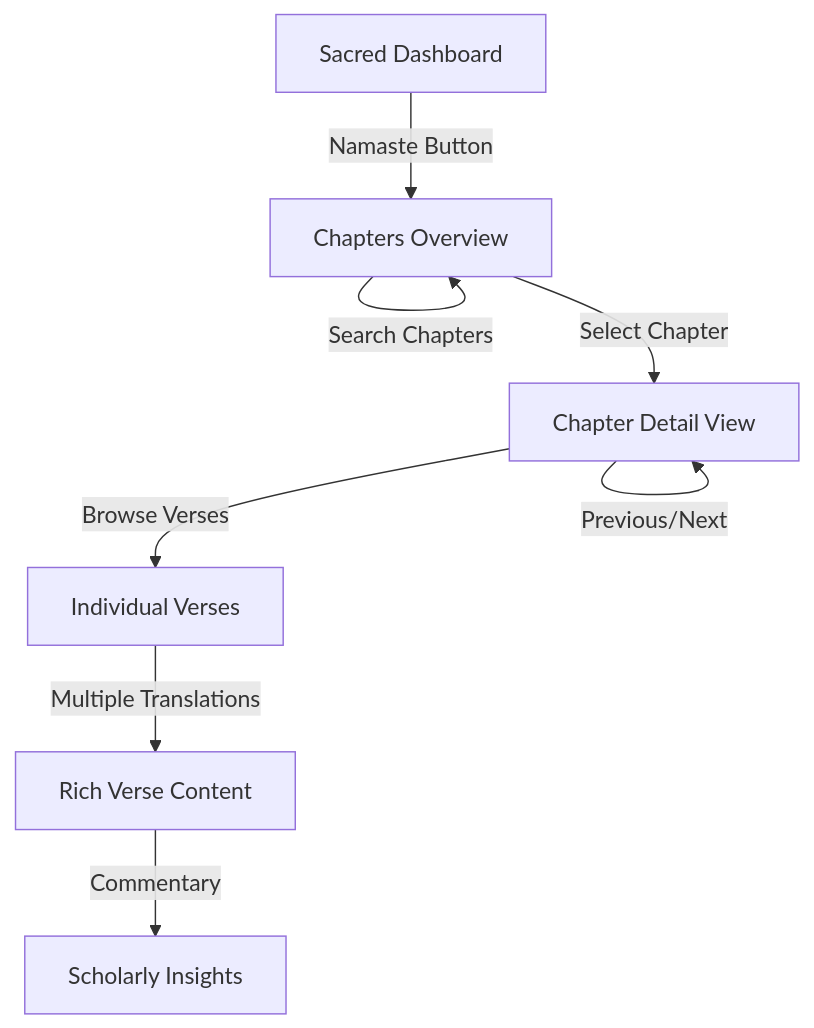
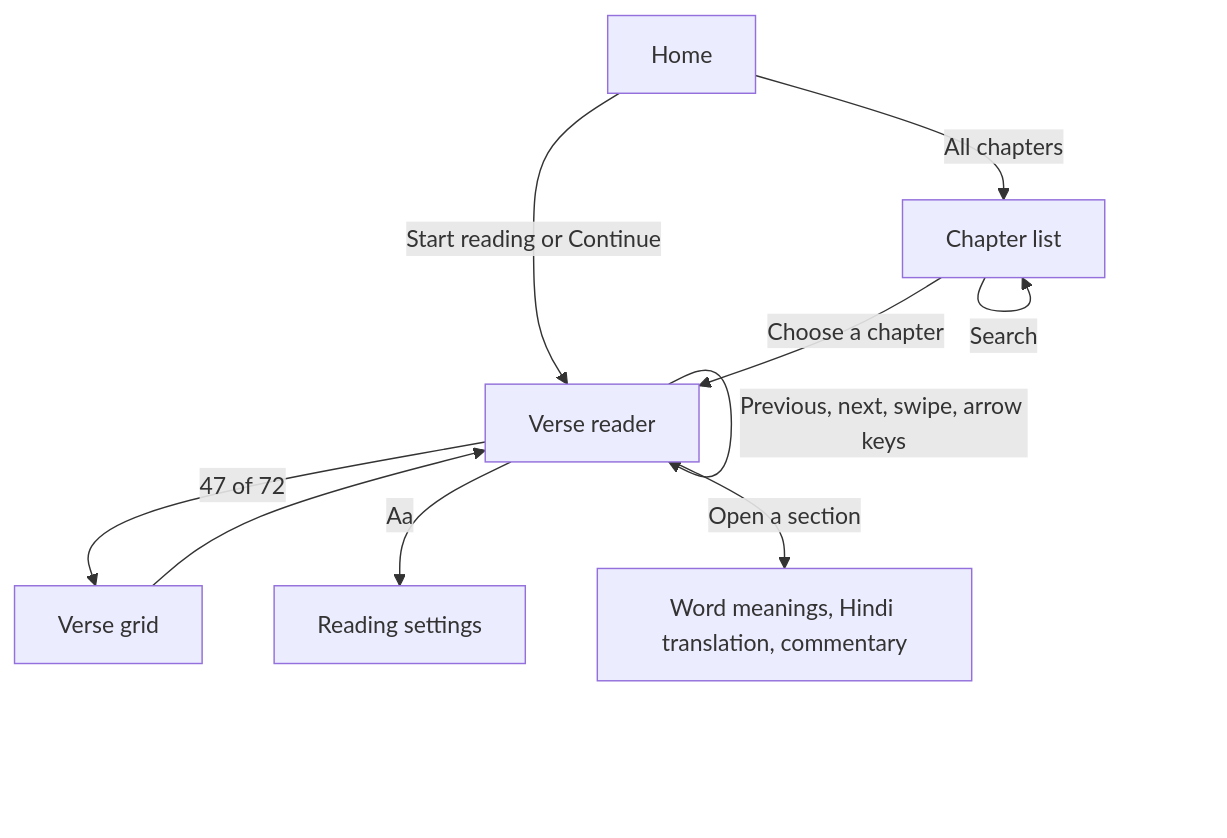
The diagram in README.md (ankittchauhann/Bhagwat-Gita), drawn with Mermaid before and after one commit. The commit also changed other lines of this file and 791 other files, not shown here.

First line of the commit message:
Redesign the verse reader with a manuscript design system

````diff
--- a/README.md
+++ b/README.md
@@ -191,10 +181,12 @@
 ```mermaid
 graph TD
-    A[Sacred Dashboard] -->|"Namaste" Button| B[Chapters Overview]
-    B -->|Search Chapters| B
-    B -->|Select Chapter| C[Chapter Detail View]
-    C -->|Browse Verses| D[Individual Verses]
-    C -->|Previous/Next| C
-    D -->|Multiple Translations| E[Rich Verse Content]
-    E -->|Commentary| F[Scholarly Insights]
+    A[Home] -->|Start reading or Continue| C[Verse reader]
+    A -->|All chapters| B[Chapter list]
+    B -->|Search| B
+    B -->|Choose a chapter| C
+    C -->|Previous, next, swipe, arrow keys| C
+    C -->|47 of 72| D[Verse grid]
+    D --> C
+    C -->|Aa| E[Reading settings]
+    C -->|Open a section| F[Word meanings, Hindi translation, commentary]
 ```
````
